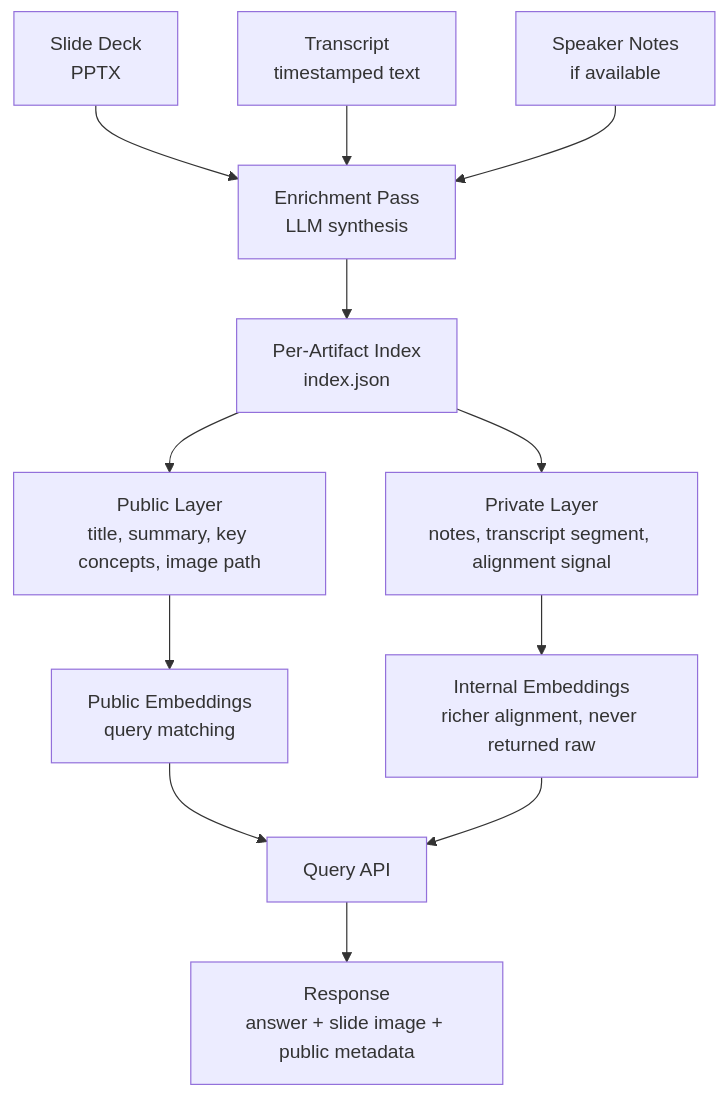
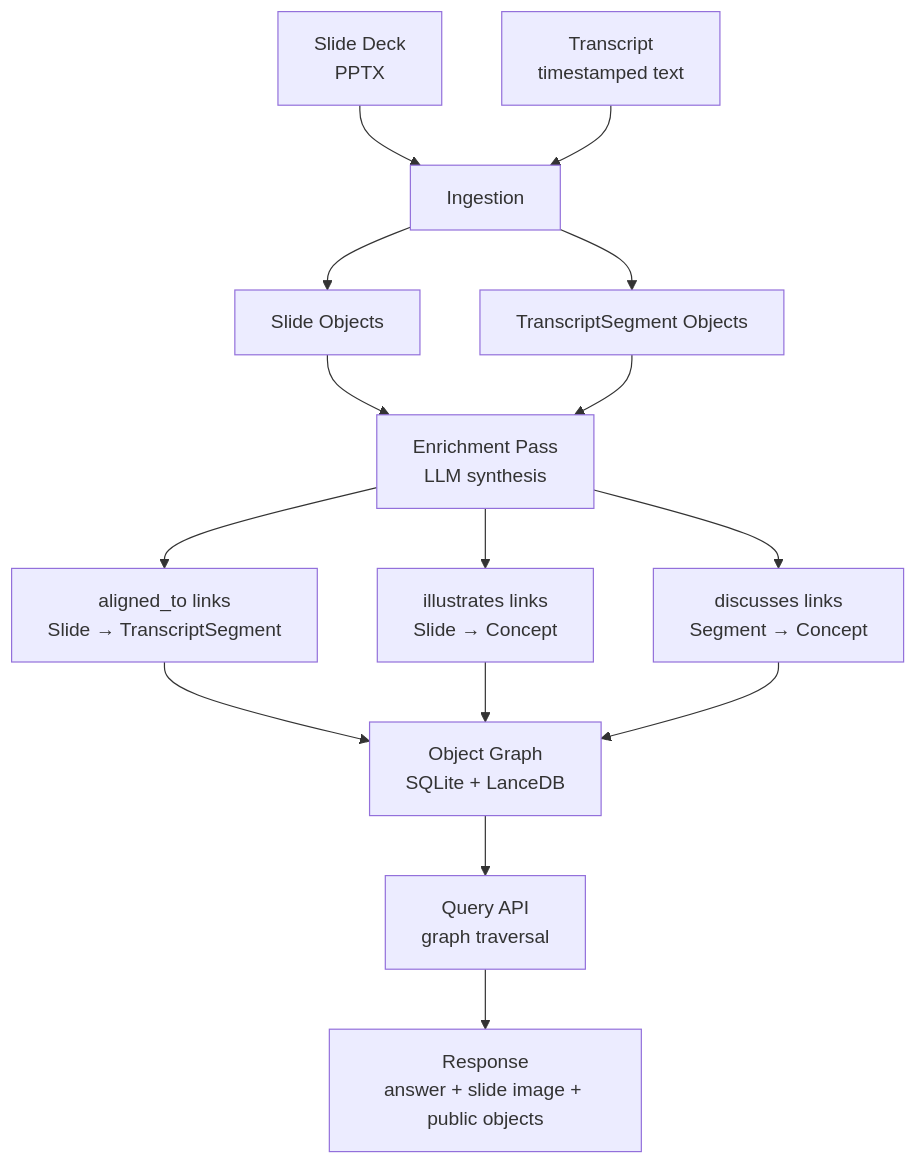
The diagram in drafts/rag-knowledge/cross-source-ingestion-enrichment.md (cloudnirvana/open-patterns), drawn with Mermaid before and after one commit. The commit also changed other lines of this file, not shown here.

First line of the commit message:
Pattern update: enrichment creates ontology links, not metadata

````diff
--- a/drafts/rag-knowledge/cross-source-ingestion-enrichment.md
+++ b/drafts/rag-knowledge/cross-source-ingestion-enrichment.md
@@ -74,14 +77,17 @@
 ```mermaid
 graph TD
-    A1[Slide Deck<br/>PPTX] --> B[Enrichment Pass<br/>LLM synthesis]
+    A1[Slide Deck<br/>PPTX] --> B[Ingestion]
     A2[Transcript<br/>timestamped text] --> B
-    A3[Speaker Notes<br/>if available] --> B
-    B --> C[Per-Artifact Index<br/>index.json]
-    C --> D[Public Layer<br/>title, summary, key concepts, image path]
-    C --> E[Private Layer<br/>notes, transcript segment, alignment signal]
-    D --> F[Public Embeddings<br/>query matching]
-    E --> G[Internal Embeddings<br/>richer alignment, never returned raw]
-    F --> H[Query API]
-    G --> H
-    H --> I[Response<br/>answer + slide image + public metadata]
+    B --> C1[Slide Objects]
+    B --> C2[TranscriptSegment Objects]
+    C1 --> D[Enrichment Pass<br/>LLM synthesis]
+    C2 --> D
+    D --> E1[aligned_to links<br/>Slide → TranscriptSegment]
+    D --> E2[illustrates links<br/>Slide → Concept]
+    D --> E3[discusses links<br/>Segment → Concept]
+    E1 --> F[Object Graph<br/>SQLite + LanceDB]
+    E2 --> F
+    E3 --> F
+    F --> G[Query API<br/>graph traversal]
+    G --> H[Response<br/>answer + slide image + public objects]
 ```
````
